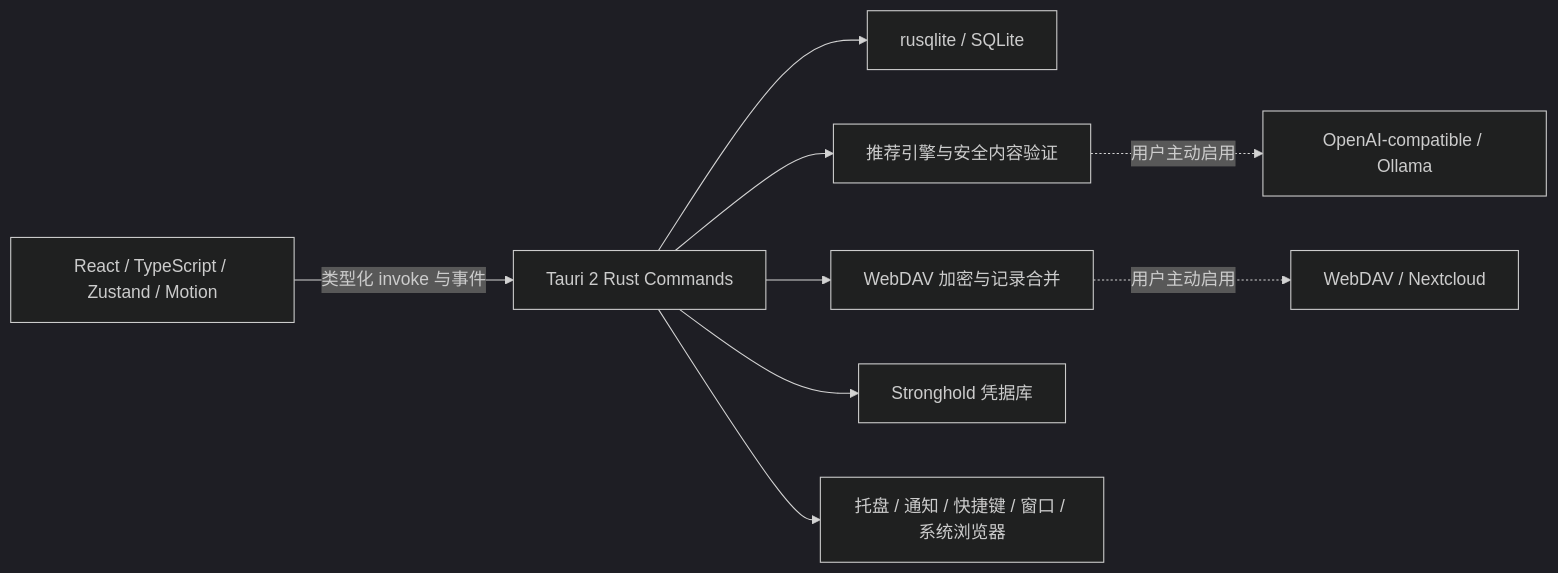
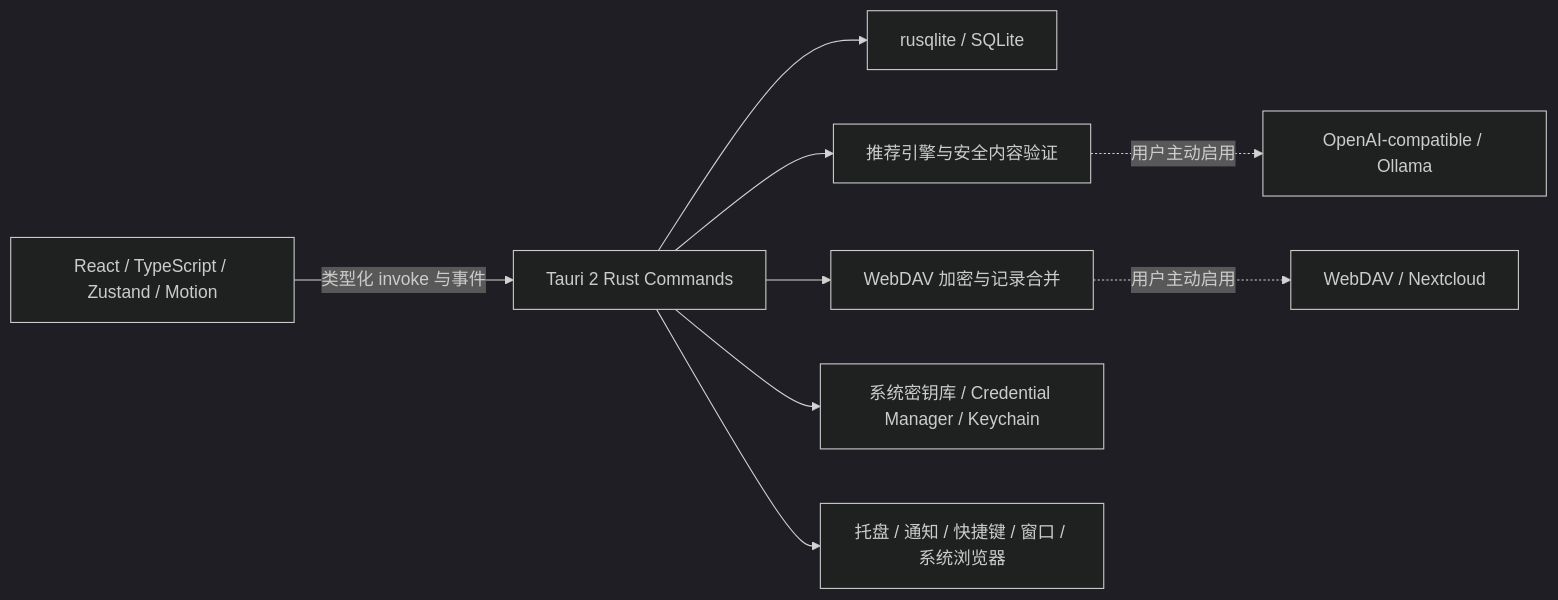
The second of 2 diagrams in README.md (Kirtofu/study-nudge), drawn with Mermaid (dark theme) before and after one commit. The commit also changed other lines of this file and 43 other files, not shown here.

````diff
--- a/README.md
+++ b/README.md
@@ -190,11 +203,11 @@
 ```mermaid
 flowchart LR
   UI["React / TypeScript / Zustand / Motion"] -->|"类型化 invoke 与事件"| CMD["Tauri 2 Rust Commands"]
   CMD --> DB["rusqlite / SQLite"]
   CMD --> REC["推荐引擎与安全内容验证"]
   CMD --> SYNC["WebDAV 加密与记录合并"]
-  CMD --> SECRET["Stronghold 凭据库"]
+  CMD --> SECRET["系统密钥库 / Credential Manager / Keychain"]
   CMD --> OS["托盘 / 通知 / 快捷键 / 窗口 / 系统浏览器"]
   REC -. 用户主动启用 .-> AI["OpenAI-compatible / Ollama"]
   SYNC -. 用户主动启用 .-> DAV["WebDAV / Nextcloud"]
 ```
````
